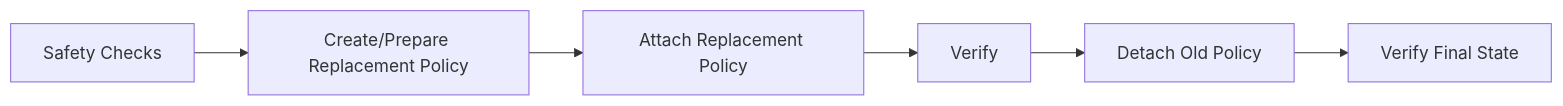
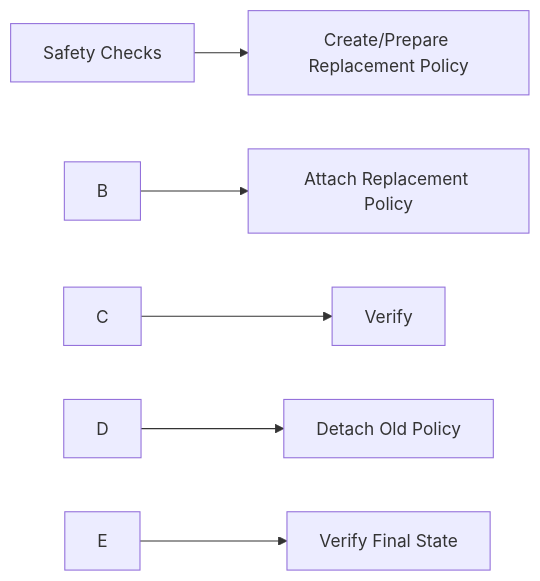
The second of 4 diagrams in README.md (kanishkaramesh60/Cloud-least-privilege-enforcer), drawn with Mermaid before and after one commit. The commit also changed other lines of this file and 2 other files, not shown here.

````diff
--- a/README.md
+++ b/README.md
@@ -216,8 +236,8 @@
 ```mermaid
 flowchart LR
-    A[Safety Checks] --> B[Create/Prepare Replacement Policy]
-    B --> C[Attach Replacement Policy]
-    C --> D[Verify]
-    D --> E[Detach Old Policy]
-    E --> F[Verify Final State]
+    A\[Safety Checks] --> B\[Create/Prepare Replacement Policy]
+    B --> C\[Attach Replacement Policy]
+    C --> D\[Verify]
+    D --> E\[Detach Old Policy]
+    E --> F\[Verify Final State]
 ```
````
